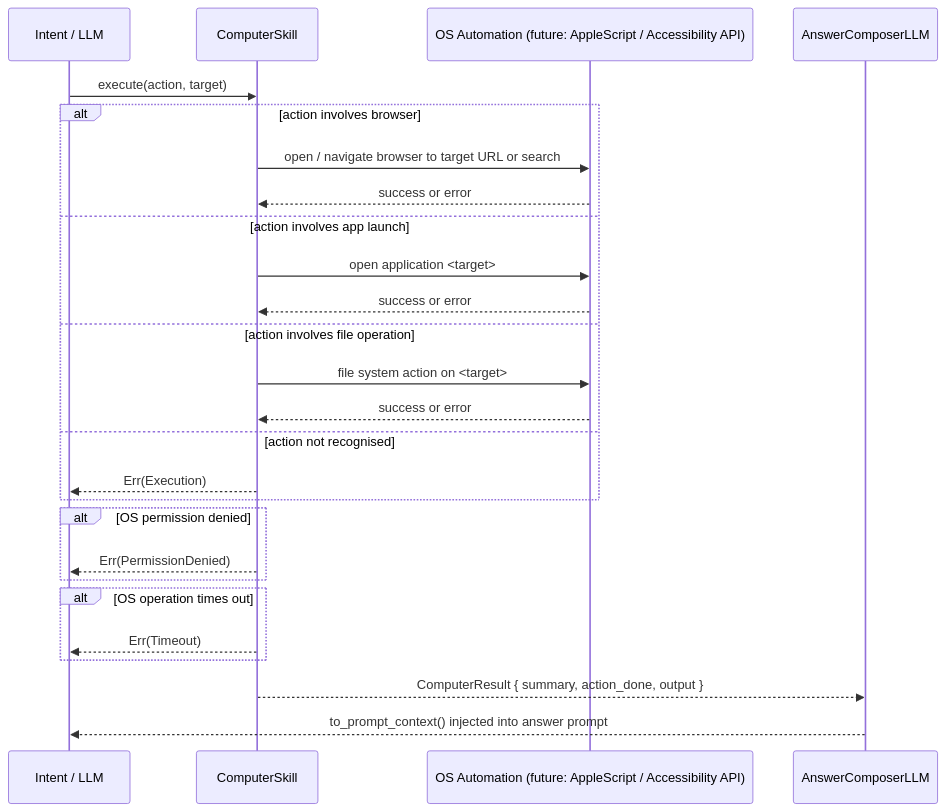
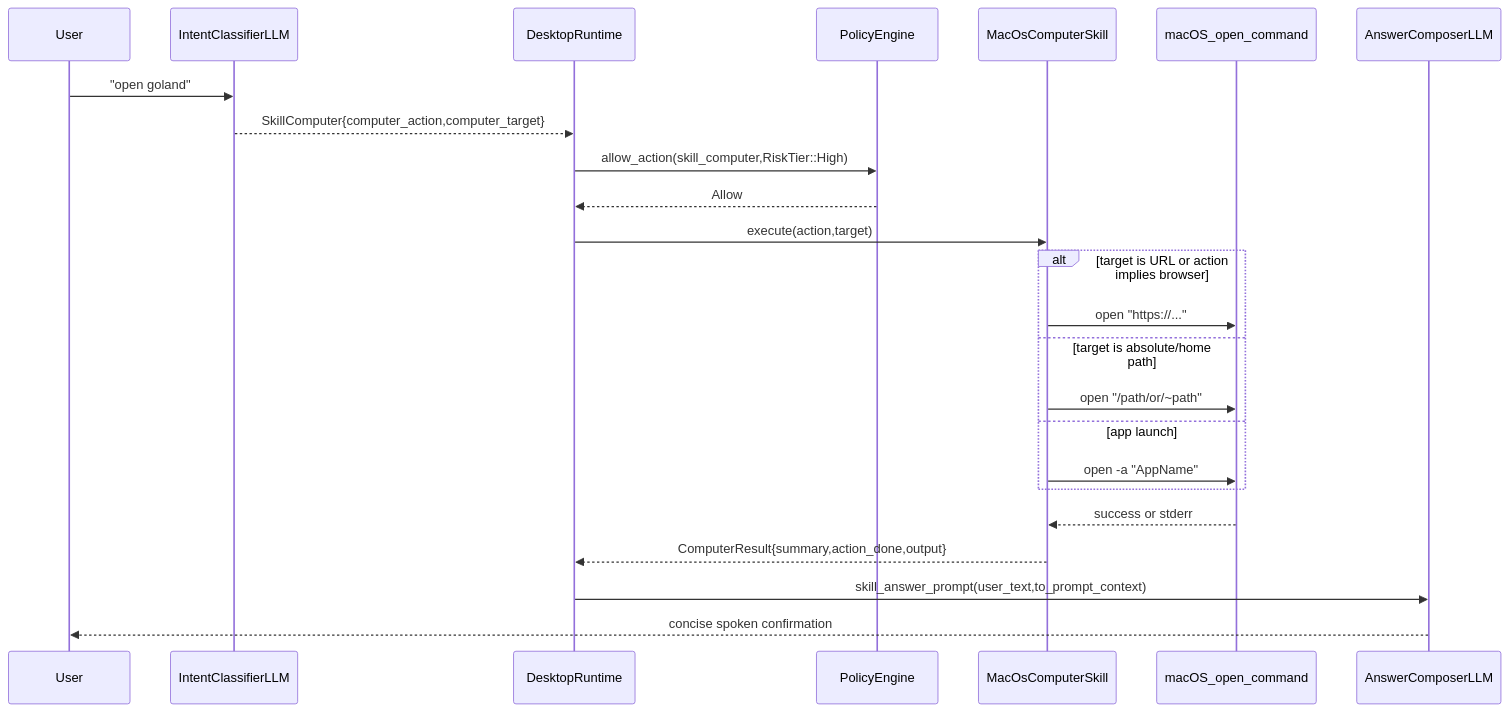
Before and after one commit to AncientiCe/aice: the diagram in docs/skills/computer.md, drawn with Mermaid. The commit also changed other lines of this file and 7 other files, not shown here.

Commit message:
Add computer skill: open <x>

````diff
--- a/docs/skills/computer.md
+++ b/docs/skills/computer.md
@@ -11,32 +11,29 @@
 ```mermaid
 sequenceDiagram
-    participant LLM as Intent / LLM
-    participant Skill as ComputerSkill
-    participant OS as OS Automation (future: AppleScript / Accessibility API)
+    participant User as User
+    participant Classifier as IntentClassifierLLM
+    participant Runtime as DesktopRuntime
+    participant Policy as PolicyEngine
+    participant Skill as MacOsComputerSkill
+    participant OS as macOS_open_command
     participant Composer as AnswerComposerLLM
 
-    LLM->>Skill: execute(action, target)
+    User->>Classifier: "open goland"
+    Classifier-->>Runtime: SkillComputer{computer_action,computer_target}
+    Runtime->>Policy: allow_action(skill_computer,RiskTier::High)
+    Policy-->>Runtime: Allow
+    Runtime->>Skill: execute(action,target)
 
-    alt action involves browser
-        Skill->>OS: open / navigate browser to target URL or search
-        OS-->>Skill: success or error
-    else action involves app launch
-        Skill->>OS: open application <target>
-        OS-->>Skill: success or error
-    else action involves file operation
-        Skill->>OS: file system action on <target>
-        OS-->>Skill: success or error
-    else action not recognised
-        Skill-->>LLM: Err(Execution)
+    alt target is URL or action implies browser
+        Skill->>OS: open "https://..."
+    else target is absolute/home path
+        Skill->>OS: open "/path/or/~path"
+    else app launch
+        Skill->>OS: open -a "AppName"
     end
 
-    alt OS permission denied
-        Skill-->>LLM: Err(PermissionDenied)
-    end
-    alt OS operation times out
-        Skill-->>LLM: Err(Timeout)
-    end
-
-    Skill-->>Composer: ComputerResult { summary, action_done, output }
-    Composer-->>LLM: to_prompt_context() injected into answer prompt
+    OS-->>Skill: success or stderr
+    Skill-->>Runtime: ComputerResult{summary,action_done,output}
+    Runtime->>Composer: skill_answer_prompt(user_text,to_prompt_context)
+    Composer-->>User: concise spoken confirmation
 ```
````
